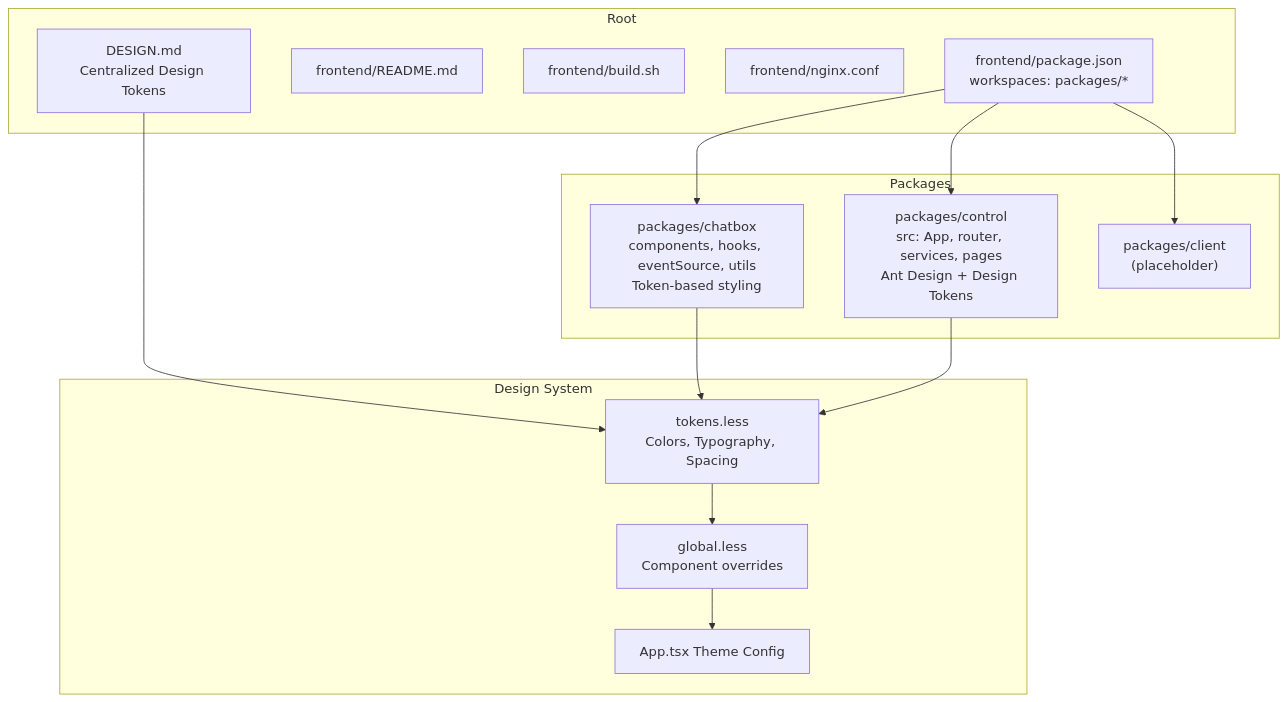
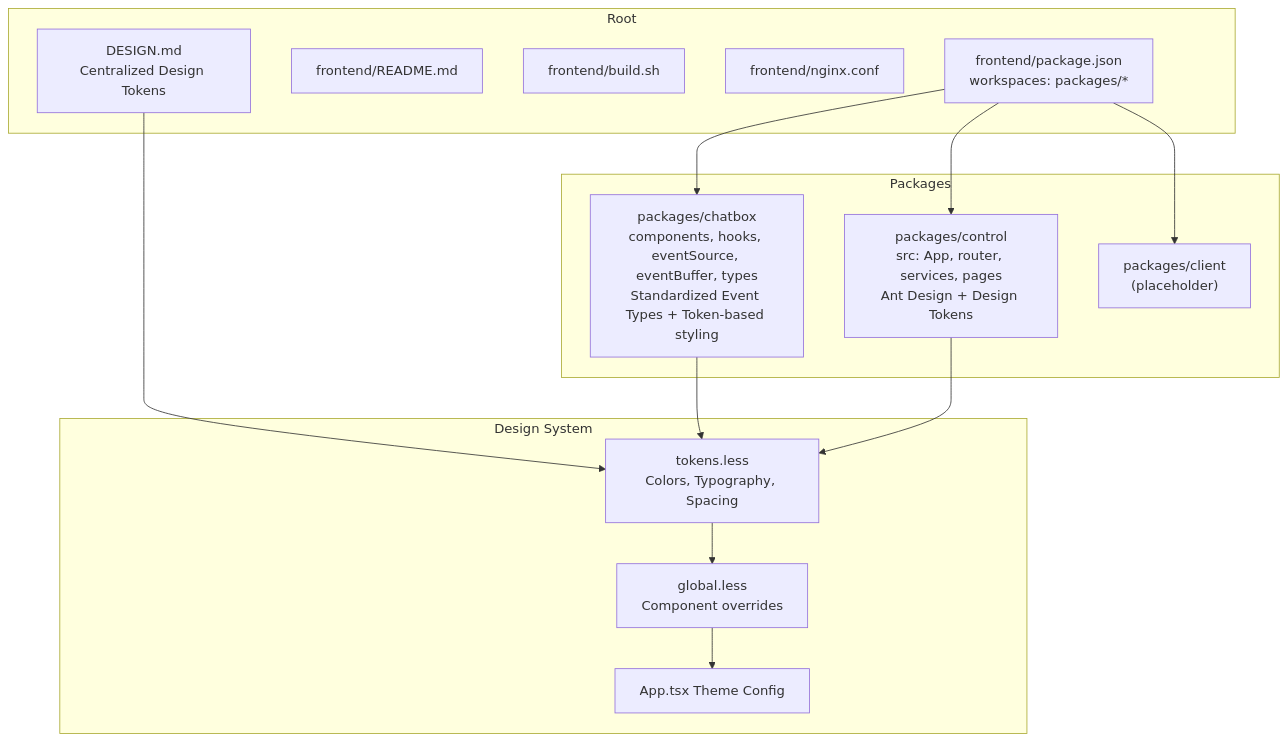
One commit to alibaba/tron-one-agent changed the first of 7 diagrams in .qoder/repowiki/en/content/Frontend Architecture/Frontend Architecture.md. Above: the diagram before and after it, drawn with Mermaid. The commit also changed other lines of this file and 6 other files, not shown here.

````diff
--- a/.qoder/repowiki/en/content/Frontend Architecture/Frontend Architecture.md
+++ b/.qoder/repowiki/en/content/Frontend Architecture/Frontend Architecture.md
@@ -57,28 +69,28 @@
 ```mermaid
 graph TB
 subgraph "Root"
 R_pkg["frontend/package.json<br/>workspaces: packages/*"]
 R_readme["frontend/README.md"]
 R_build["frontend/build.sh"]
 R_nginx["frontend/nginx.conf"]
 R_design["DESIGN.md<br/>Centralized Design Tokens"]
 end
 subgraph "Packages"
-P_chatbox["packages/chatbox<br/>components, hooks, eventSource, utils<br/>Token-based styling"]
+P_chatbox["packages/chatbox<br/>components, hooks, eventSource, eventBuffer, types<br/>Standardized Event Types + Token-based styling"]
 P_control["packages/control<br/>src: App, router, services, pages<br/>Ant Design + Design Tokens"]
 P_client["packages/client<br/>(placeholder)"]
 end
 subgraph "Design System"
 DS_tokens["tokens.less<br/>Colors, Typography, Spacing"]
 DS_global["global.less<br/>Component overrides"]
 DS_app_theme["App.tsx Theme Config"]
 end
 R_pkg --> P_chatbox
 R_pkg --> P_control
 R_pkg --> P_client
 R_design --> DS_tokens
 DS_tokens --> DS_global
 DS_global --> DS_app_theme
 P_chatbox --> DS_tokens
 P_control --> DS_tokens
 ```
````
